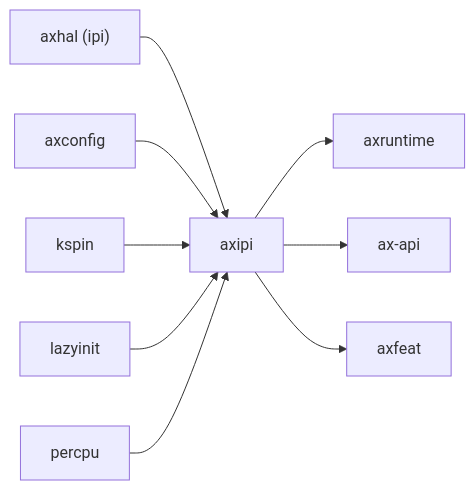
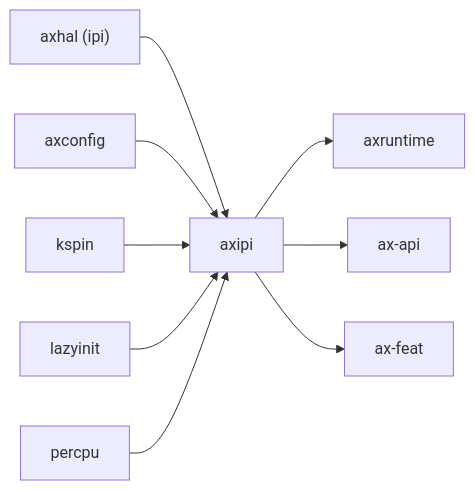
Before and after one commit to zKurisu/tgoskits: the second of 2 diagrams in docs/crates/axipi.md, drawn with Mermaid. The commit also changed other lines of this file and 51 other files, not shown here.

````diff
--- a/docs/crates/axipi.md
+++ b/docs/crates/axipi.md
@@ -77,12 +77,12 @@
 ```mermaid
 graph LR
     axhal["axhal (ipi)"] --> axipi["axipi"]
     axconfig["axconfig"] --> axipi
     kspin["kspin"] --> axipi
     lazyinit["lazyinit"] --> axipi
     percpu["percpu"] --> axipi
 
     axipi --> axruntime["axruntime"]
     axipi --> ax-api["ax-api"]
-    axipi --> axfeat["axfeat"]
+    axipi --> ax-feat["ax-feat"]
 ```
````
